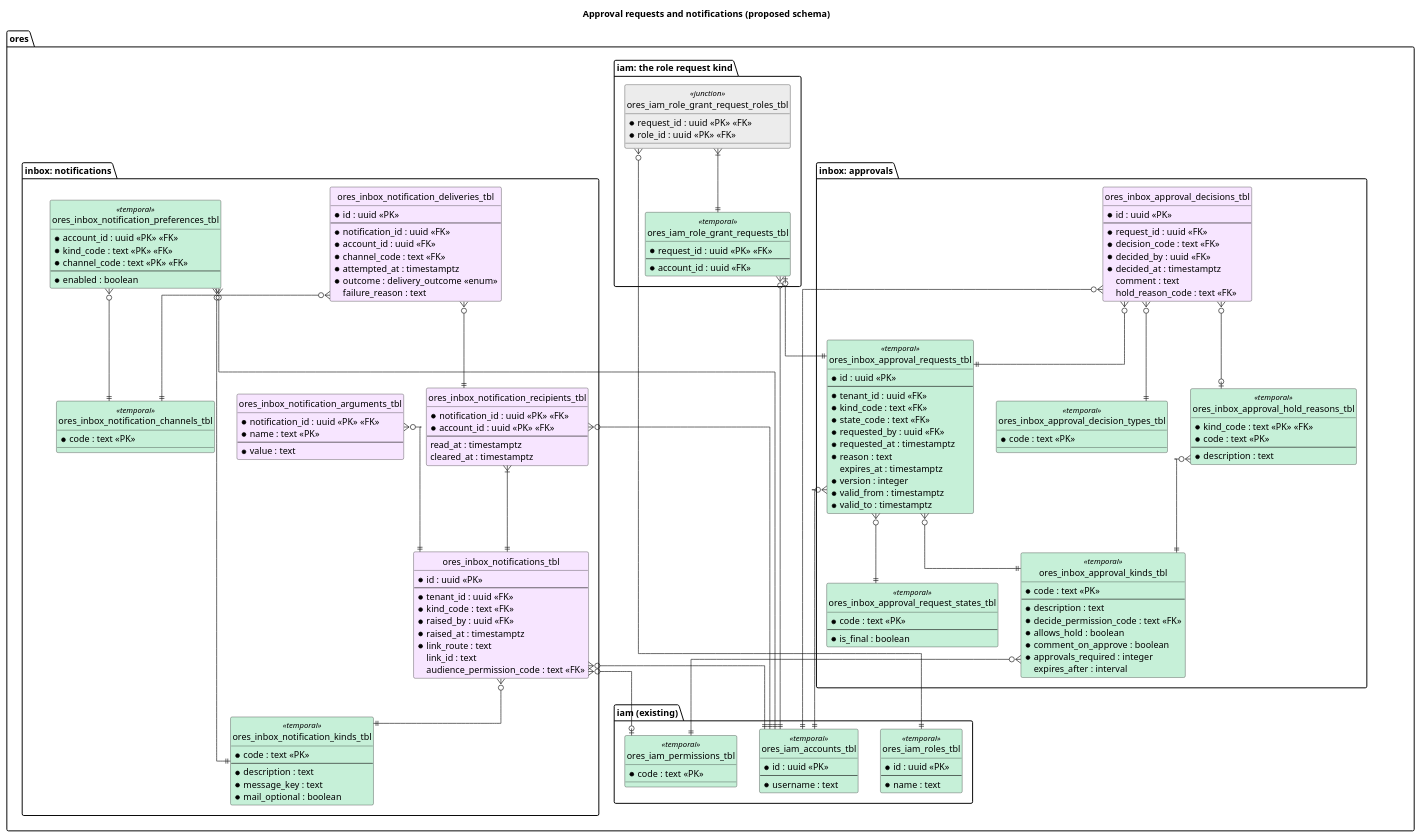
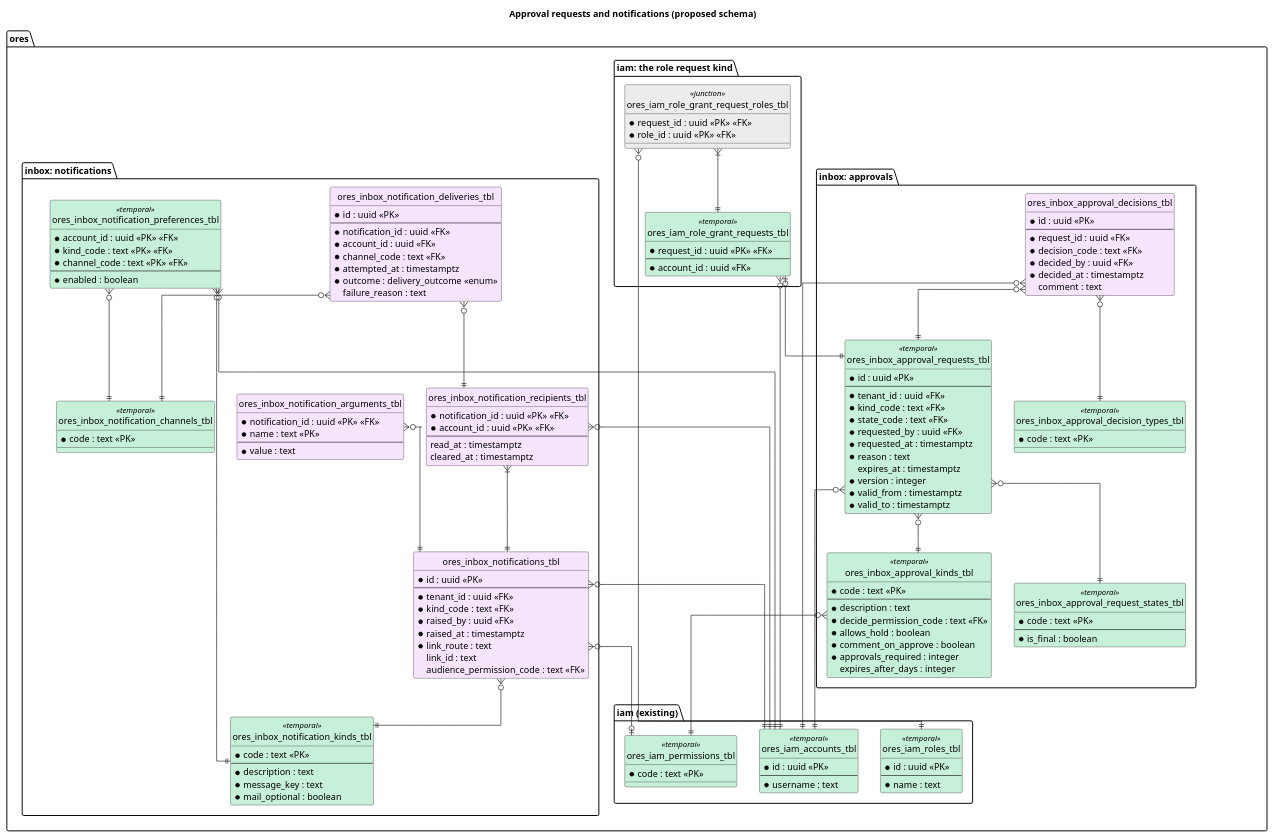
The diagram in doc/knowledge/architecture/approval_and_notification_schema.puml (OreStudio/OreStudio), drawn with PlantUML before and after one commit. The commit also changed 8 other files, not shown here.

```diff
--- a/doc/knowledge/architecture/approval_and_notification_schema.puml
+++ b/doc/knowledge/architecture/approval_and_notification_schema.puml
@@ -21,166 +21,157 @@
 @startuml
 
 title Approval requests and notifications (proposed schema)
 hide circle
 skinparam linetype ortho
 
 package "ores.iam (existing)" {
   entity ores_iam_accounts_tbl <<temporal>> #C6F0D8 {
     * id : uuid <<PK>>
     --
     * username : text
   }
   entity ores_iam_roles_tbl <<temporal>> #C6F0D8 {
     * id : uuid <<PK>>
     --
     * name : text
   }
   entity ores_iam_permissions_tbl <<temporal>> #C6F0D8 {
     * code : text <<PK>>
   }
 }
 
 package "ores.inbox: approvals" {
   entity ores_inbox_approval_kinds_tbl <<temporal>> #C6F0D8 {
     * code : text <<PK>>
     --
     * description : text
     * decide_permission_code : text <<FK>>
     * allows_hold : boolean
     * comment_on_approve : boolean
     * approvals_required : integer
-    expires_after : interval
+    expires_after_days : integer
   }
   entity ores_inbox_approval_request_states_tbl <<temporal>> #C6F0D8 {
     * code : text <<PK>>
     --
     * is_final : boolean
   }
   entity ores_inbox_approval_decision_types_tbl <<temporal>> #C6F0D8 {
     * code : text <<PK>>
-  }
-  entity ores_inbox_approval_hold_reasons_tbl <<temporal>> #C6F0D8 {
-    * kind_code : text <<PK>> <<FK>>
-    * code : text <<PK>>
-    --
-    * description : text
   }
   entity ores_inbox_approval_requests_tbl <<temporal>> #C6F0D8 {
     * id : uuid <<PK>>
     --
     * tenant_id : uuid <<FK>>
     * kind_code : text <<FK>>
     * state_code : text <<FK>>
     * requested_by : uuid <<FK>>
     * requested_at : timestamptz
     * reason : text
     expires_at : timestamptz
     * version : integer
     * valid_from : timestamptz
     * valid_to : timestamptz
   }
   entity ores_inbox_approval_decisions_tbl #F7E5FF {
     * id : uuid <<PK>>
     --
     * request_id : uuid <<FK>>
     * decision_code : text <<FK>>
     * decided_by : uuid <<FK>>
     * decided_at : timestamptz
     comment : text
-    hold_reason_code : text <<FK>>
   }
 }
 
 package "ores.iam: the role request kind" {
   entity ores_iam_role_grant_requests_tbl <<temporal>> #C6F0D8 {
     * request_id : uuid <<PK>> <<FK>>
     --
     * account_id : uuid <<FK>>
   }
   entity ores_iam_role_grant_request_roles_tbl <<junction>> #ECECEC {
     * request_id : uuid <<PK>> <<FK>>
     * role_id : uuid <<PK>> <<FK>>
   }
 }
 
 package "ores.inbox: notifications" {
   entity ores_inbox_notification_kinds_tbl <<temporal>> #C6F0D8 {
     * code : text <<PK>>
     --
     * description : text
     * message_key : text
     * mail_optional : boolean
   }
   entity ores_inbox_notification_channels_tbl <<temporal>> #C6F0D8 {
     * code : text <<PK>>
   }
   entity ores_inbox_notifications_tbl #F7E5FF {
     * id : uuid <<PK>>
     --
     * tenant_id : uuid <<FK>>
     * kind_code : text <<FK>>
     * raised_by : uuid <<FK>>
     * raised_at : timestamptz
     * link_route : text
     link_id : text
     audience_permission_code : text <<FK>>
   }
   entity ores_inbox_notification_arguments_tbl #F7E5FF {
     * notification_id : uuid <<PK>> <<FK>>
     * name : text <<PK>>
     --
     * value : text
   }
   entity ores_inbox_notification_recipients_tbl #F7E5FF {
     * notification_id : uuid <<PK>> <<FK>>
     * account_id : uuid <<PK>> <<FK>>
     --
     read_at : timestamptz
     cleared_at : timestamptz
   }
   entity ores_inbox_notification_deliveries_tbl #F7E5FF {
     * id : uuid <<PK>>
     --
     * notification_id : uuid <<FK>>
     * account_id : uuid <<FK>>
     * channel_code : text <<FK>>
     * attempted_at : timestamptz
     * outcome : delivery_outcome <<enum>>
     failure_reason : text
   }
   entity ores_inbox_notification_preferences_tbl <<temporal>> #C6F0D8 {
     * account_id : uuid <<PK>> <<FK>>
     * kind_code : text <<PK>> <<FK>>
     * channel_code : text <<PK>> <<FK>>
     --
     * enabled : boolean
   }
 }
 
 ores_inbox_approval_kinds_tbl }o--|| ores_iam_permissions_tbl
 ores_inbox_approval_requests_tbl }o--|| ores_inbox_approval_kinds_tbl
 ores_inbox_approval_requests_tbl }o--|| ores_inbox_approval_request_states_tbl
 ores_inbox_approval_requests_tbl }o--|| ores_iam_accounts_tbl
-ores_inbox_approval_hold_reasons_tbl }o--|| ores_inbox_approval_kinds_tbl
 ores_inbox_approval_decisions_tbl }o--|| ores_inbox_approval_requests_tbl
 ores_inbox_approval_decisions_tbl }o--|| ores_inbox_approval_decision_types_tbl
 ores_inbox_approval_decisions_tbl }o--|| ores_iam_accounts_tbl
-ores_inbox_approval_decisions_tbl }o--o| ores_inbox_approval_hold_reasons_tbl
 ores_iam_role_grant_requests_tbl |o--|| ores_inbox_approval_requests_tbl
 ores_iam_role_grant_requests_tbl }o--|| ores_iam_accounts_tbl
 ores_iam_role_grant_request_roles_tbl }|--|| ores_iam_role_grant_requests_tbl
 ores_iam_role_grant_request_roles_tbl }o--|| ores_iam_roles_tbl
 
 ores_inbox_notifications_tbl }o--|| ores_inbox_notification_kinds_tbl
 ores_inbox_notifications_tbl }o--|| ores_iam_accounts_tbl
 ores_inbox_notifications_tbl }o--o| ores_iam_permissions_tbl
 ores_inbox_notification_arguments_tbl }o--|| ores_inbox_notifications_tbl
 ores_inbox_notification_recipients_tbl }|--|| ores_inbox_notifications_tbl
 ores_inbox_notification_recipients_tbl }o--|| ores_iam_accounts_tbl
 ores_inbox_notification_deliveries_tbl }o--|| ores_inbox_notification_recipients_tbl
 ores_inbox_notification_deliveries_tbl }o--|| ores_inbox_notification_channels_tbl
 ores_inbox_notification_preferences_tbl }o--|| ores_iam_accounts_tbl
 ores_inbox_notification_preferences_tbl }o--|| ores_inbox_notification_kinds_tbl
 ores_inbox_notification_preferences_tbl }o--|| ores_inbox_notification_channels_tbl
 
 @enduml
```
